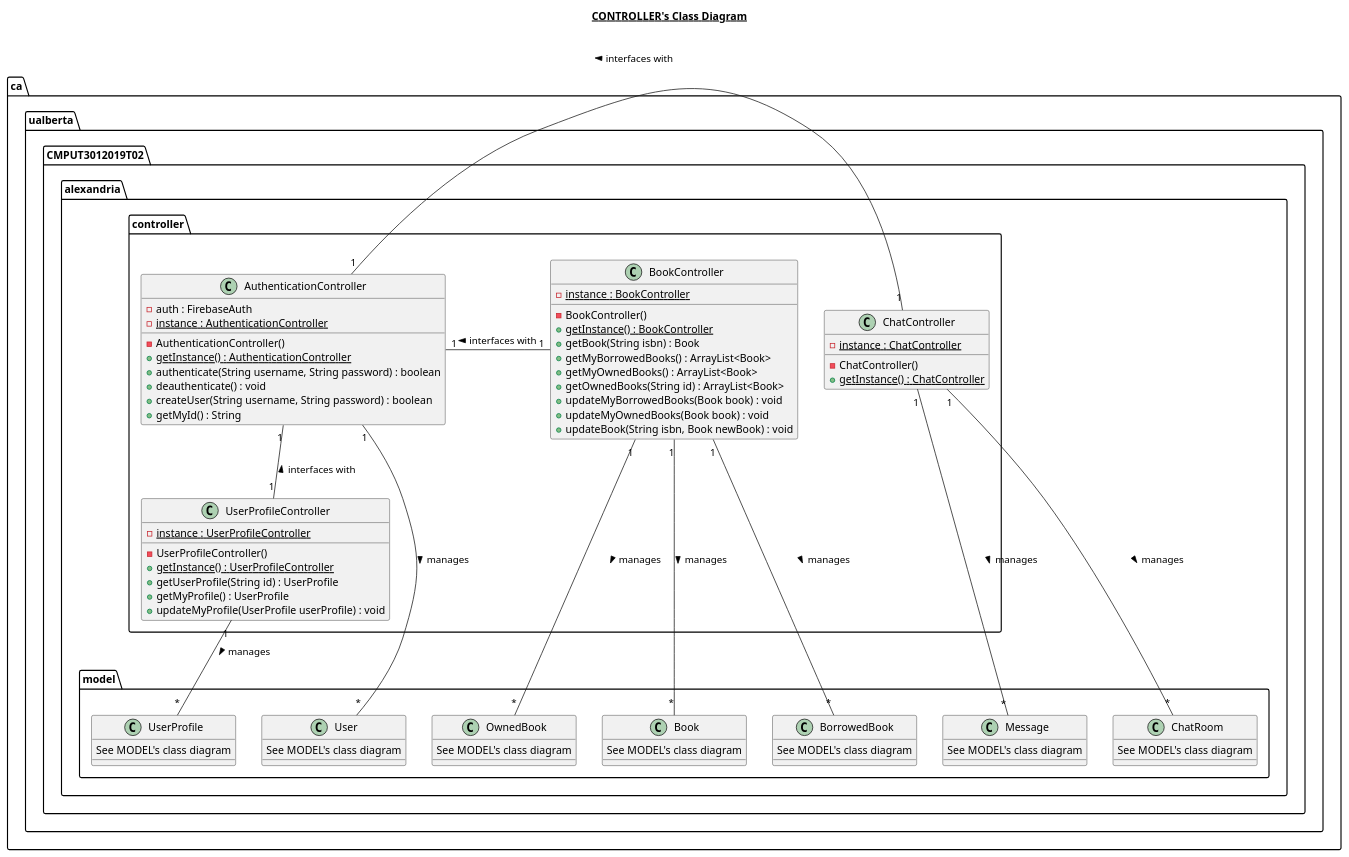
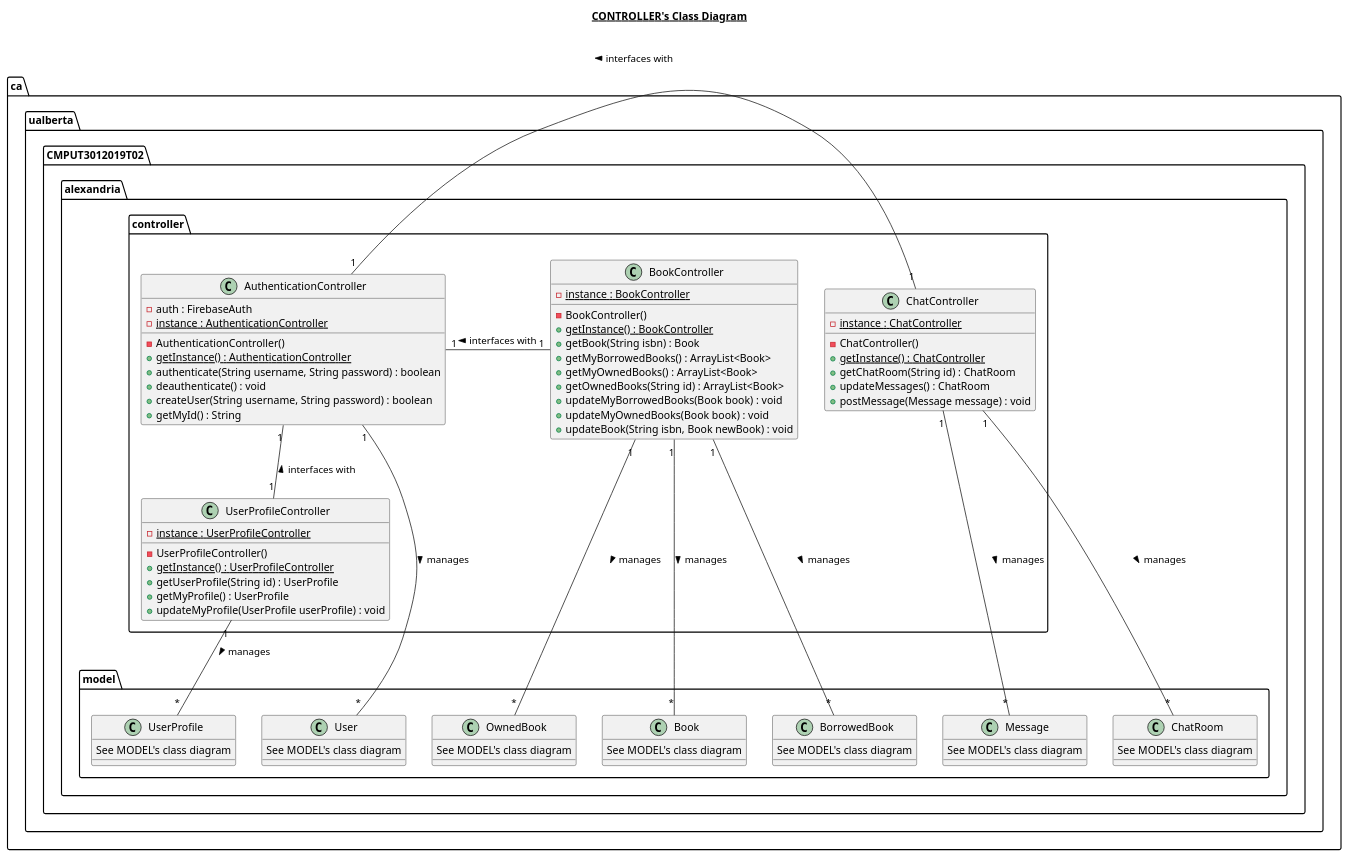
Before and after one commit to cmput301w19t02/Alexandria: the diagram in doc/uml/class_diagrams/controller.plantuml, drawn with PlantUML. The commit also changed 3 other files, not shown here.

Commit message:
Add complete DataController to UML. Clean up plantuml code

```diff
--- a/doc/uml/class_diagrams/controller.plantuml
+++ b/doc/uml/class_diagrams/controller.plantuml
@@ -1,99 +1,102 @@
 @startuml
 
 title __CONTROLLER's Class Diagram__\n
 
 package ca.ualberta.CMPUT3012019T02.alexandria {
 
     package ca.ualberta.CMPUT3012019T02.alexandria.controller {
 
         class AuthenticationController {
             - auth : FirebaseAuth
             {static} - instance : AuthenticationController
             - AuthenticationController()
             {static} + getInstance() : AuthenticationController
             + authenticate(String username, String password) : boolean
             + deauthenticate() : void
             + createUser(String username, String password) : boolean
             + getMyId() : String
         }
 
         class BookController {
             {static} - instance : BookController
             - BookController()
             {static} + getInstance() : BookController
             + getBook(String isbn) : Book
             + getMyBorrowedBooks() : ArrayList<Book>
             + getMyOwnedBooks() : ArrayList<Book>
             + getOwnedBooks(String id) : ArrayList<Book>
             + updateMyBorrowedBooks(Book book) : void
             + updateMyOwnedBooks(Book book) : void
             + updateBook(String isbn, Book newBook) : void
         }
 
         class UserProfileController {
             {static} - instance : UserProfileController
             - UserProfileController()
             {static} + getInstance() : UserProfileController
             + getUserProfile(String id) : UserProfile
             + getMyProfile() : UserProfile
             + updateMyProfile(UserProfile userProfile) : void
         }
 
         class ChatController {
             {static} - instance : ChatController
             - ChatController()
             {static} + getInstance() : ChatController
+            + getChatRoom(String id) : ChatRoom 
+            + updateMessages() : ChatRoom 
+            + postMessage(Message message) : void
         }
 
     }
 
 
     package ca.ualberta.CMPUT3012019T02.alexandria.model {
 
         class BorrowedBook { 
             See MODEL's class diagram
         }
 
         class OwnedBook { 
             See MODEL's class diagram
         }
 
         class Book { 
             See MODEL's class diagram
         }
 
         class User { 
             See MODEL's class diagram
         }
 
         class UserProfile { 
             See MODEL's class diagram
         }
 
         class ChatRoom { 
             See MODEL's class diagram
         }
 
         class Message { 
             See MODEL's class diagram
         }
 
     }
 
 }
 
 AuthenticationController "1" -down- "*" User : manages >
 
 UserProfileController "1" -down- "*" UserProfile : manages >
 UserProfileController "1" -up- "1" AuthenticationController : interfaces with >
 
 BookController "1" -down- "*" BorrowedBook : manages >
 BookController "1" -down- "*" OwnedBook : manages >
 BookController "1" -down- "*" Book : manages >
 BookController "1" -right- "1" AuthenticationController : interfaces with >
 
 ChatController "1" -down- "*" ChatRoom : manages >
 ChatController "1" -down- "*" Message : manages >
 ChatController "1" -left- "1" AuthenticationController : interfaces with >
 
 @enduml
```
